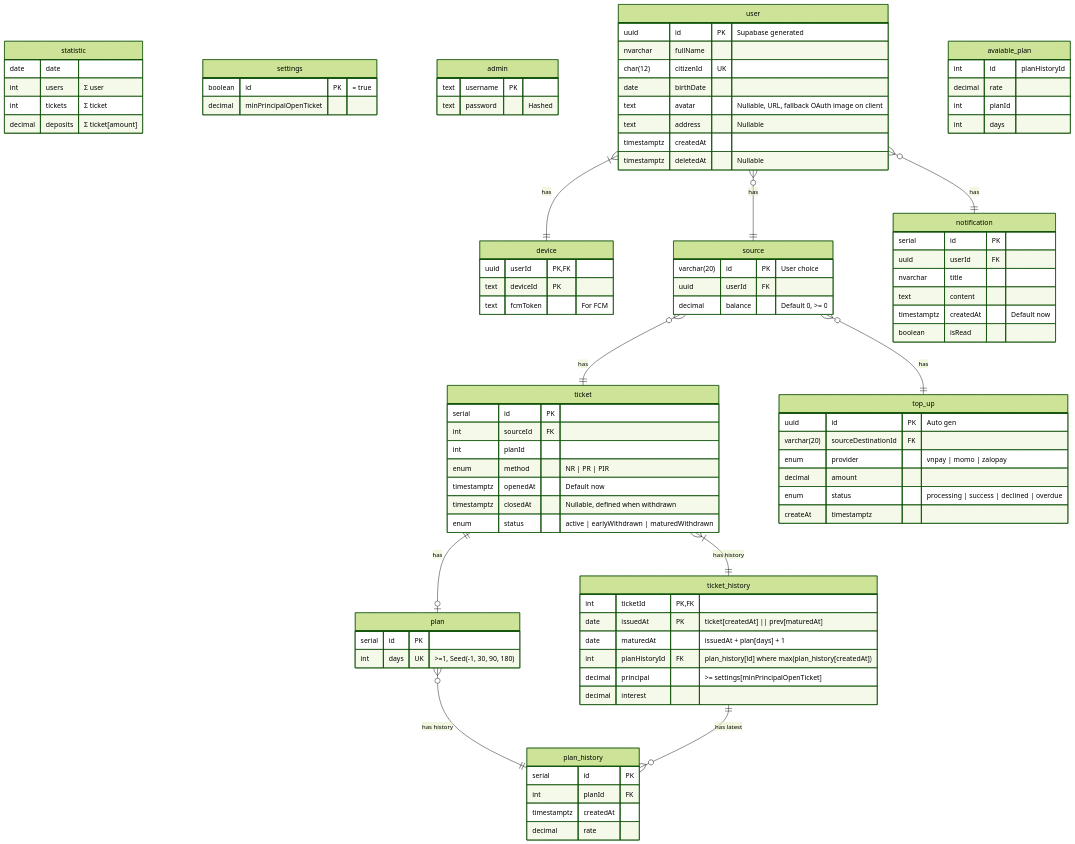
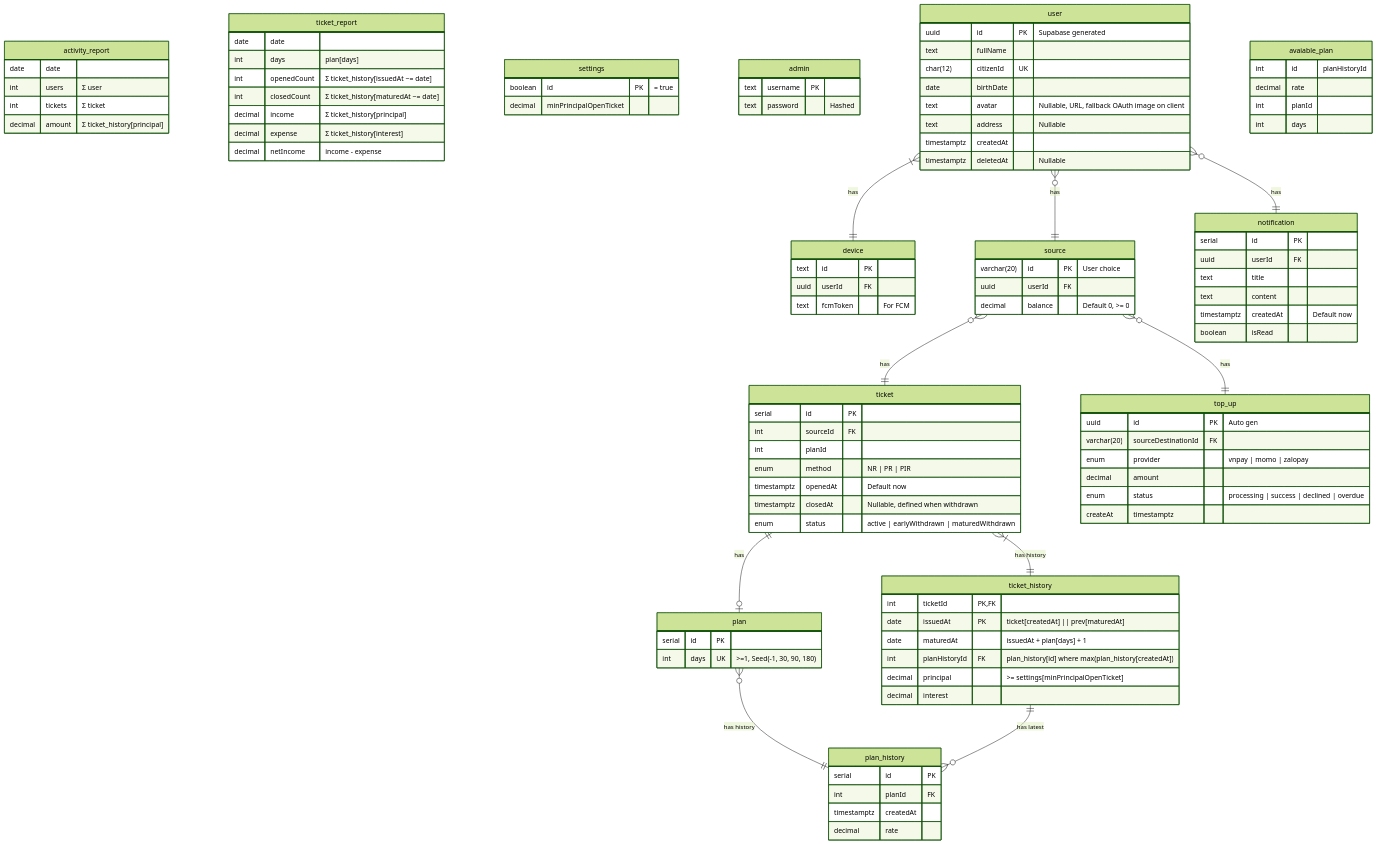
One commit to coinhub-uit/coinhub-uit.github.io changed the diagram in docs/diagrams/database/index.md. Above: the diagram before and after it, drawn with Mermaid (forest theme). The commit also changed 4 other files, not shown here.

````diff
--- a/docs/diagrams/database/index.md
+++ b/docs/diagrams/database/index.md
@@ -7,10 +7,20 @@
 ```mermaid
 erDiagram
-  statistic {
+  activity_report {
     date date
     int users "Σ user"
     int tickets "Σ ticket"
-    decimal deposits "Σ ticket[amount]"
+    decimal amount "Σ ticket_history[principal]"
+  }
+
+  ticket_report {
+    date date
+    int days "plan[days]"
+    int openedCount "Σ ticket_history[issuedAt ~= date]"
+    int closedCount "Σ ticket_history[maturedAt ~= date]"
+    decimal income "Σ ticket_history[principal]"
+    decimal expense "Σ ticket_history[interest]"
+    decimal netIncome "income - expense"
   }
 
   settings {
@@ -25,7 +35,7 @@
 
   user {
     uuid id PK "Supabase generated"
-    nvarchar fullName
+    text fullName
     char(12) citizenId UK
     date birthDate
     text avatar "Nullable, URL, fallback OAuth image on client"
@@ -35,8 +45,8 @@
   }
 
   device {
-    uuid userId PK,FK
-    text deviceId PK
+    text id PK
+    uuid userId FK
     text fcmToken "For FCM"
   }
 
@@ -80,7 +90,7 @@
   notification {
     serial id PK
     uuid userId FK
-    nvarchar title
+    text title
     text content
     timestamptz createdAt "Default now"
     boolean isRead
````
